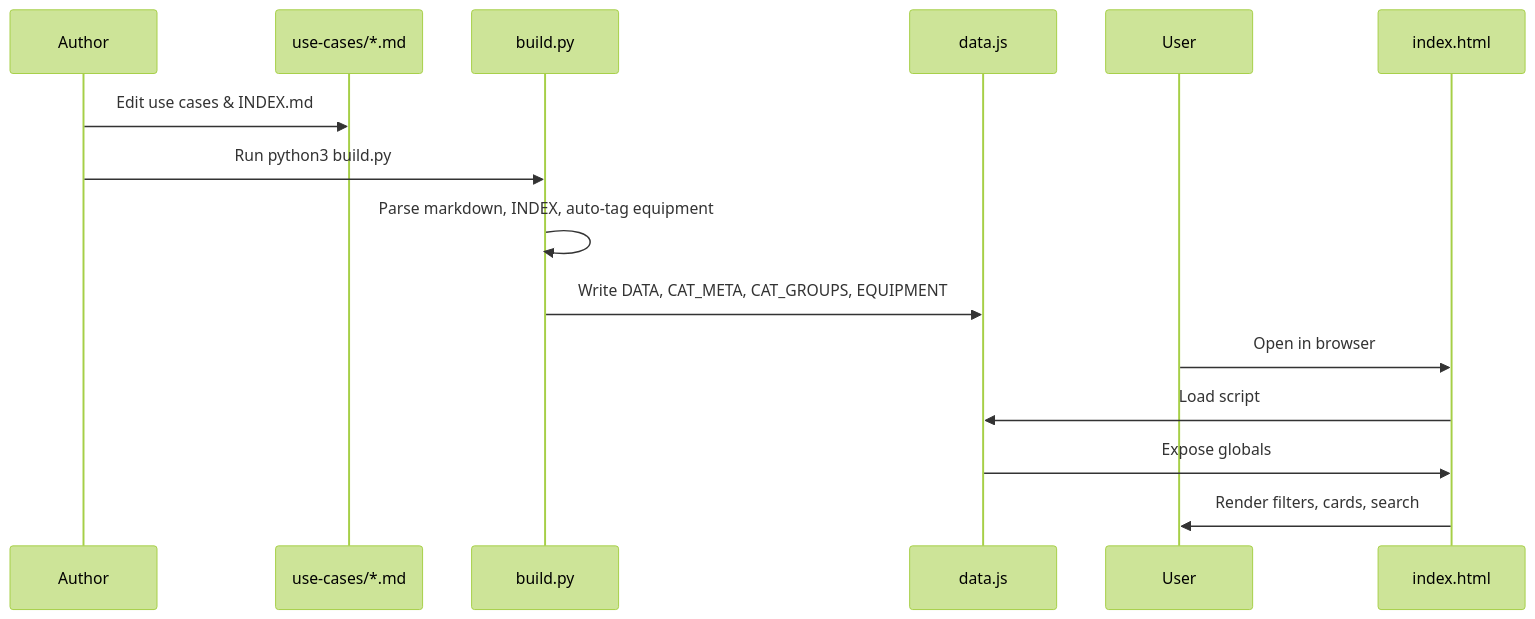
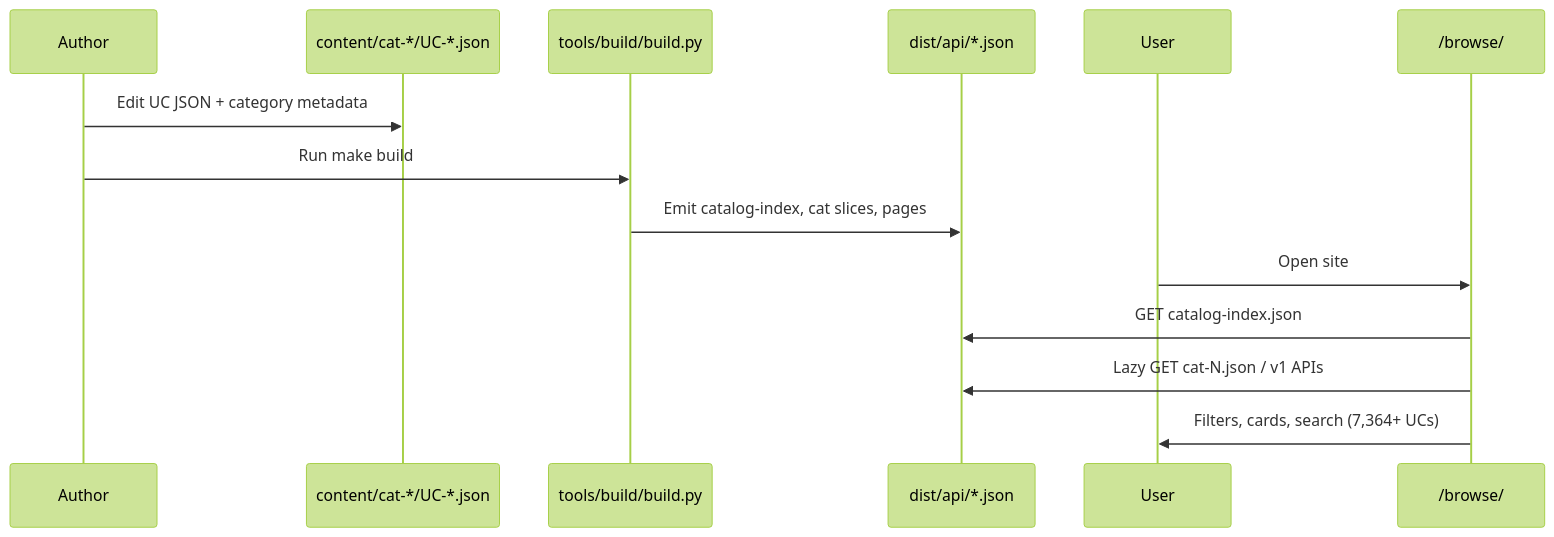
One commit to fenre/splunk-monitoring-use-cases changed the sixth of 6 diagrams in CODEBASE-DIAGRAM.md. Above: the diagram before and after it, drawn with Mermaid (forest theme). The commit also changed other lines of this file and 50 other files, not shown here.

````diff
--- a/CODEBASE-DIAGRAM.md
+++ b/CODEBASE-DIAGRAM.md
@@ -200,18 +178,17 @@
 ```mermaid
 sequenceDiagram
     participant Author
-    participant MD as use-cases/*.md
-    participant Build as build.py
-    participant JS as data.js
+    participant JSON as content/cat-*/UC-*.json
+    participant Build as tools/build/build.py
+    participant Dist as dist/api/*.json
     participant User
-    participant HTML as index.html
+    participant SPA as /browse/
 
-    Author->>MD: Edit use cases & INDEX.md
-    Author->>Build: Run python3 build.py
-    Build->>Build: Parse markdown, INDEX, auto-tag equipment
-    Build->>JS: Write DATA, CAT_META, CAT_GROUPS, EQUIPMENT
-    User->>HTML: Open in browser
-    HTML->>JS: Load script
-    JS->>HTML: Expose globals
-    HTML->>User: Render filters, cards, search
+    Author->>JSON: Edit UC JSON + category metadata
+    Author->>Build: Run make build
+    Build->>Dist: Emit catalog-index, cat slices, pages
+    User->>SPA: Open site
+    SPA->>Dist: GET catalog-index.json
+    SPA->>Dist: Lazy GET cat-N.json / v1 APIs
+    SPA->>User: Filters, cards, search (7,364+ UCs)
 ```
````
